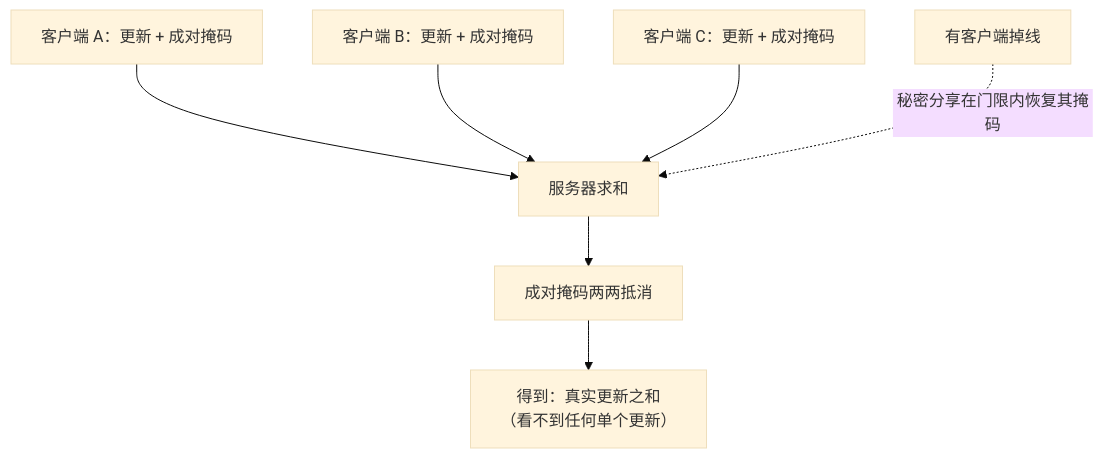
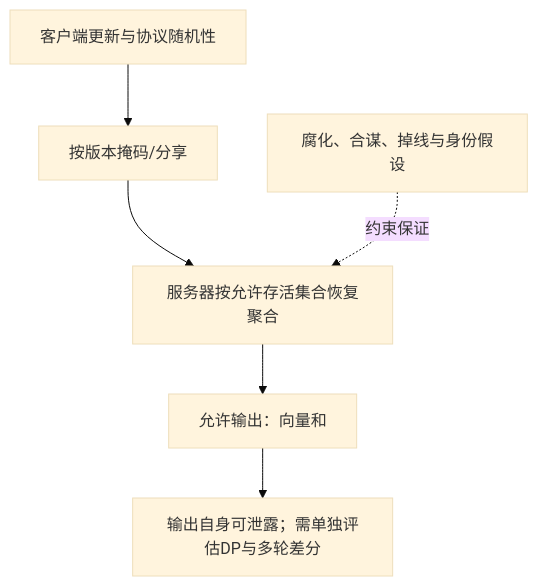
The diagram in privacy/05-frontier-deployment/secure-aggregation.mdx (XuebinMa/AIWiki), drawn with Mermaid (base theme) before and after one commit. The commit also changed other lines of this file and 325 other files, not shown here.

````diff
--- a/privacy/05-frontier-deployment/secure-aggregation.mdx
+++ b/privacy/05-frontier-deployment/secure-aggregation.mdx
@@ -39,9 +32,8 @@
 ```mermaid
 flowchart TB
-    C1["客户端 A：更新 + 成对掩码"] --> S
-    C2["客户端 B：更新 + 成对掩码"] --> S
-    C3["客户端 C：更新 + 成对掩码"] --> S
-    S["服务器求和"] --> M["成对掩码两两抵消"]
-    M --> R["得到：真实更新之和<br/>（看不到任何单个更新）"]
-    D["有客户端掉线"] -.秘密分享在门限内恢复其掩码.-> S
+    D["客户端更新与协议随机性"] --> M["按版本掩码/分享"]
+    M --> R["服务器按允许存活集合恢复聚合"]
+    R --> S["允许输出：向量和"]
+    C["腐化、合谋、掉线与身份假设"] -.约束保证.-> R
+    S --> L["输出自身可泄露；需单独评估DP与多轮差分"]
 ```
````
